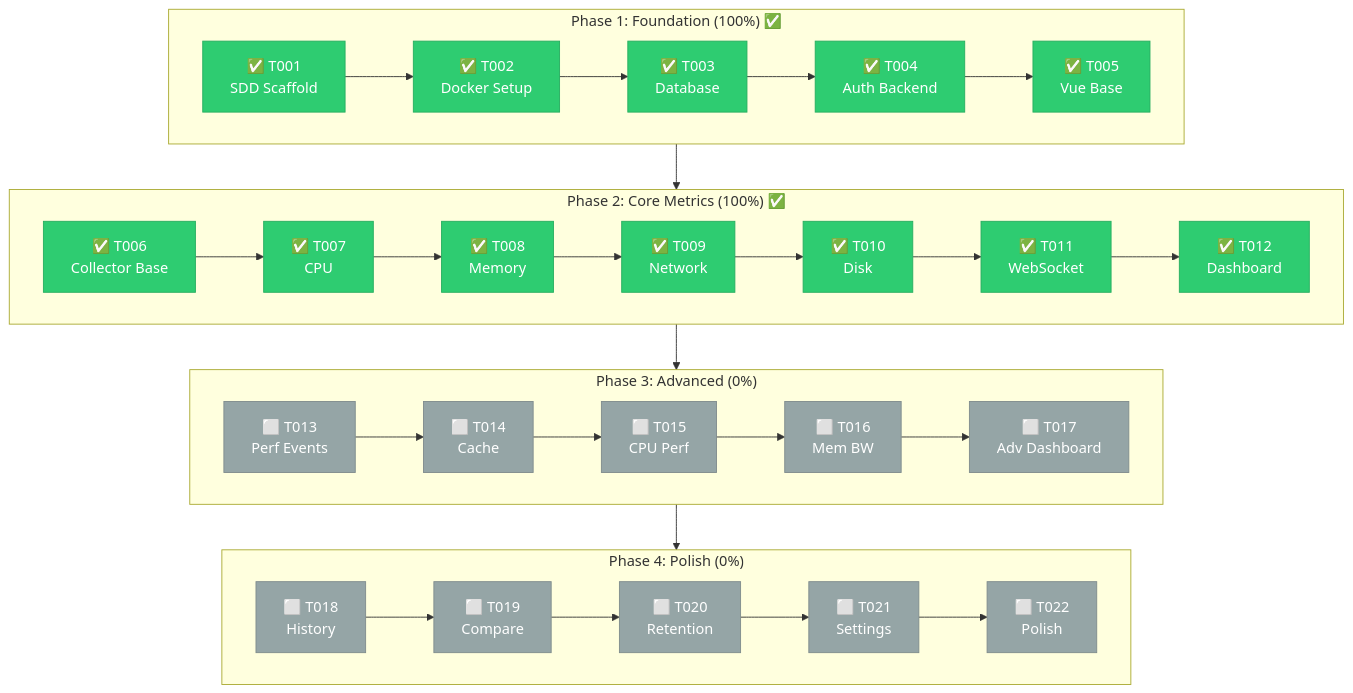
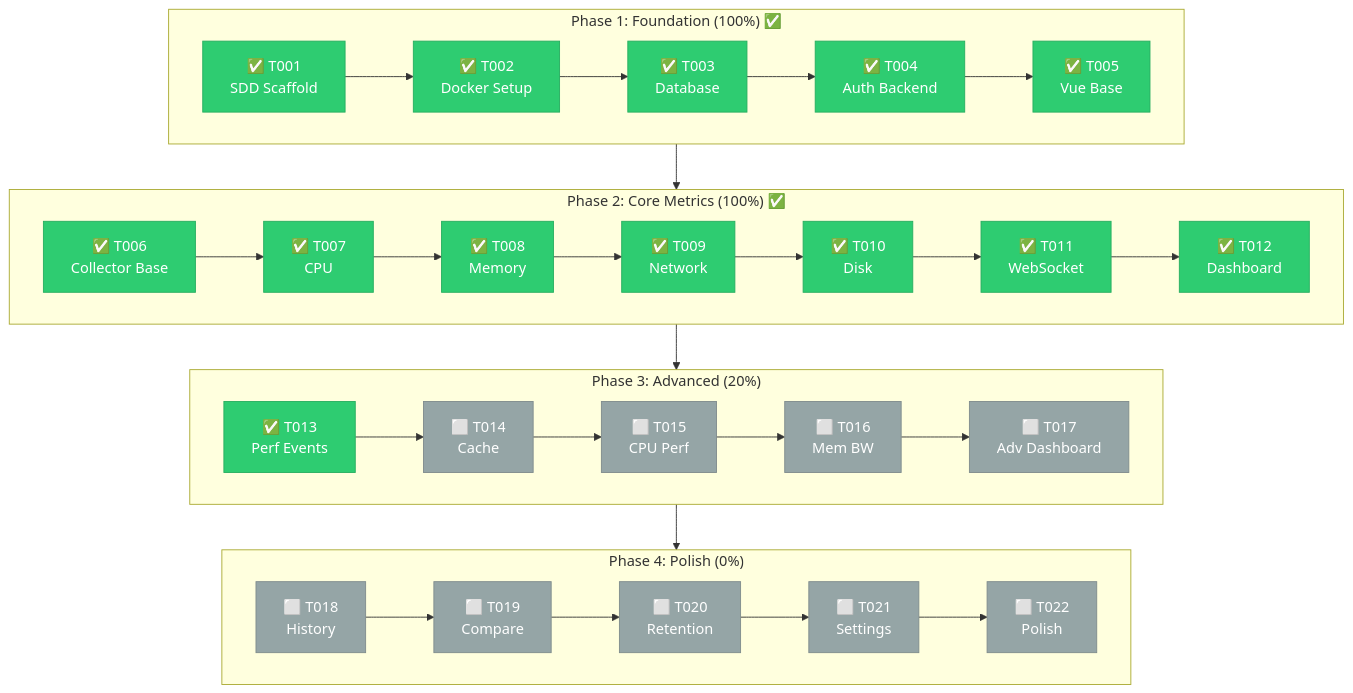
Before and after one commit to zhyndalf/perfwatch: the diagram in README.md, drawn with Mermaid. The commit also changed other lines of this file and 9 other files, not shown here.

First line of the commit message:
feat(T013): Add Linux perf_events collector for hardware counters

````diff
--- a/README.md
+++ b/README.md
@@ -19,50 +19,50 @@
 ```mermaid
 flowchart TB
     subgraph P1["Phase 1: Foundation (100%) ✅"]
         T001["✅ T001<br/>SDD Scaffold"]
         T002["✅ T002<br/>Docker Setup"]
         T003["✅ T003<br/>Database"]
         T004["✅ T004<br/>Auth Backend"]
         T005["✅ T005<br/>Vue Base"]
         T001 --> T002 --> T003 --> T004 --> T005
     end
 
     subgraph P2["Phase 2: Core Metrics (100%) ✅"]
         T006["✅ T006<br/>Collector Base"]
         T007["✅ T007<br/>CPU"]
         T008["✅ T008<br/>Memory"]
         T009["✅ T009<br/>Network"]
         T010["✅ T010<br/>Disk"]
         T011["✅ T011<br/>WebSocket"]
         T012["✅ T012<br/>Dashboard"]
         T006 --> T007 --> T008 --> T009 --> T010 --> T011 --> T012
     end
 
-    subgraph P3["Phase 3: Advanced (0%)"]
-        T013["⬜ T013<br/>Perf Events"]
+    subgraph P3["Phase 3: Advanced (20%)"]
+        T013["✅ T013<br/>Perf Events"]
         T014["⬜ T014<br/>Cache"]
         T015["⬜ T015<br/>CPU Perf"]
         T016["⬜ T016<br/>Mem BW"]
         T017["⬜ T017<br/>Adv Dashboard"]
         T013 --> T014 --> T015 --> T016 --> T017
     end
 
     subgraph P4["Phase 4: Polish (0%)"]
         T018["⬜ T018<br/>History"]
         T019["⬜ T019<br/>Compare"]
         T020["⬜ T020<br/>Retention"]
         T021["⬜ T021<br/>Settings"]
         T022["⬜ T022<br/>Polish"]
         T018 --> T019 --> T020 --> T021 --> T022
     end
 
     P1 --> P2 --> P3 --> P4
 
     %% Styles
     classDef done fill:#2ecc71,stroke:#27ae60,color:#fff
     classDef progress fill:#f39c12,stroke:#e67e22,color:#fff
     classDef todo fill:#95a5a6,stroke:#7f8c8d,color:#fff
 
-    class T001,T002,T003,T004,T005,T006,T007,T008,T009,T010,T011,T012 done
-    class T013,T014,T015,T016,T017,T018,T019,T020,T021,T022 todo
+    class T001,T002,T003,T004,T005,T006,T007,T008,T009,T010,T011,T012,T013 done
+    class T014,T015,T016,T017,T018,T019,T020,T021,T022 todo
 ```
````
